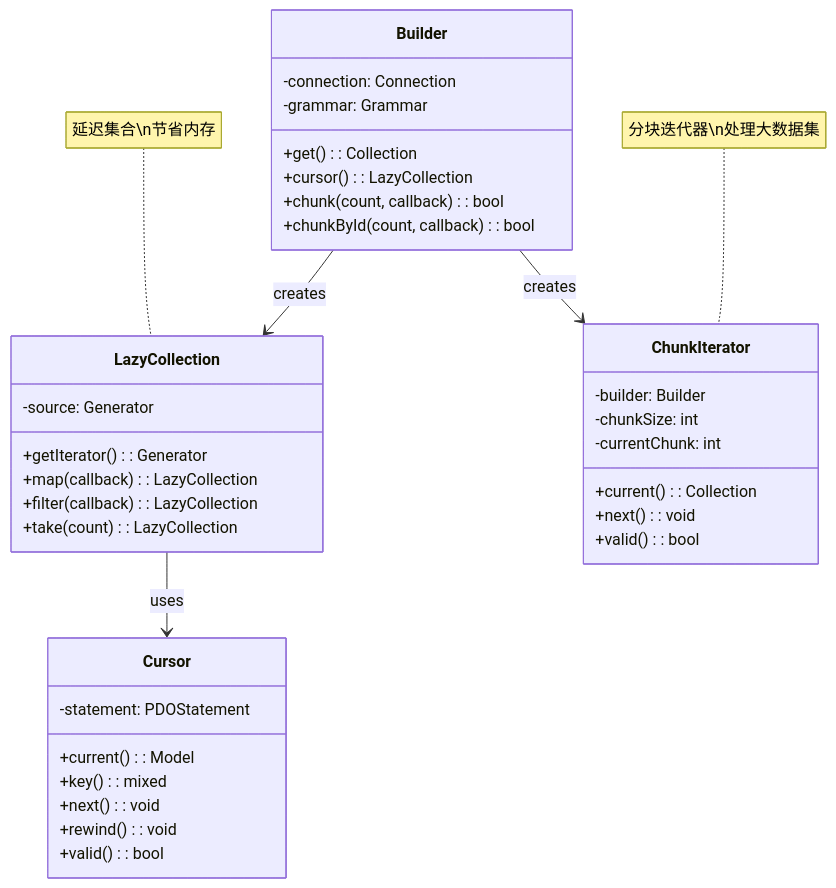
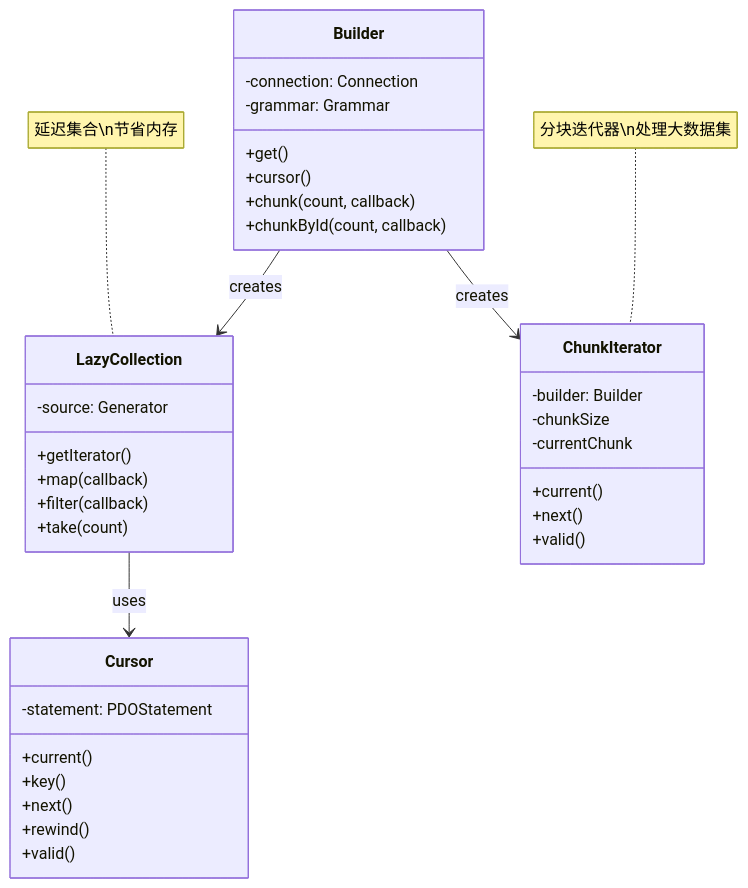
One commit to fanly/DesignPattern changed the fourth of 7 diagrams in resources/design-patterns/laravel/behavioral/iterator_zh.md. Above: the diagram before and after it, drawn with Mermaid. The commit also changed other lines of this file and 103 other files, not shown here.

````diff
--- a/resources/design-patterns/laravel/behavioral/iterator_zh.md
+++ b/resources/design-patterns/laravel/behavioral/iterator_zh.md
@@ -123,44 +123,44 @@
 ```mermaid
 classDiagram
     class Builder {
         -connection: Connection
         -grammar: Grammar
-        +get(): Collection
-        +cursor(): LazyCollection
-        +chunk(count, callback): bool
-        +chunkById(count, callback): bool
+        +get()
+        +cursor()
+        +chunk(count, callback)
+        +chunkById(count, callback)
     }
     
     class LazyCollection {
         -source: Generator
-        +getIterator(): Generator
-        +map(callback): LazyCollection
-        +filter(callback): LazyCollection
-        +take(count): LazyCollection
+        +getIterator()
+        +map(callback)
+        +filter(callback)
+        +take(count)
     }
     
     class Cursor {
         -statement: PDOStatement
-        +current(): Model
-        +key(): mixed
-        +next(): void
-        +rewind(): void
-        +valid(): bool
+        +current()
+        +key()
+        +next()
+        +rewind()
+        +valid()
     }
     
     class ChunkIterator {
         -builder: Builder
-        -chunkSize: int
-        -currentChunk: int
-        +current(): Collection
-        +next(): void
-        +valid(): bool
+        -chunkSize
+        -currentChunk
+        +current()
+        +next()
+        +valid()
     }
     
     Builder --> LazyCollection : creates
     Builder --> ChunkIterator : creates
     LazyCollection --> Cursor : uses
     
     note for LazyCollection "延迟集合\n节省内存"
     note for ChunkIterator "分块迭代器\n处理大数据集"
 ```
````
